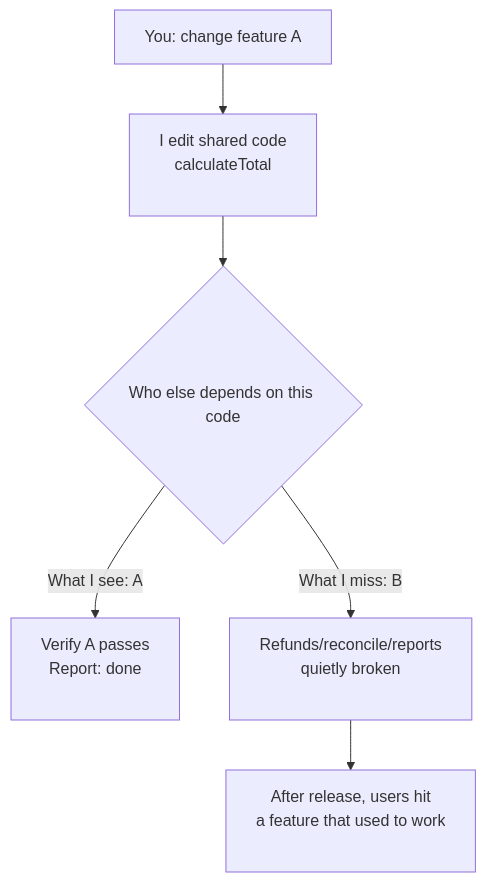
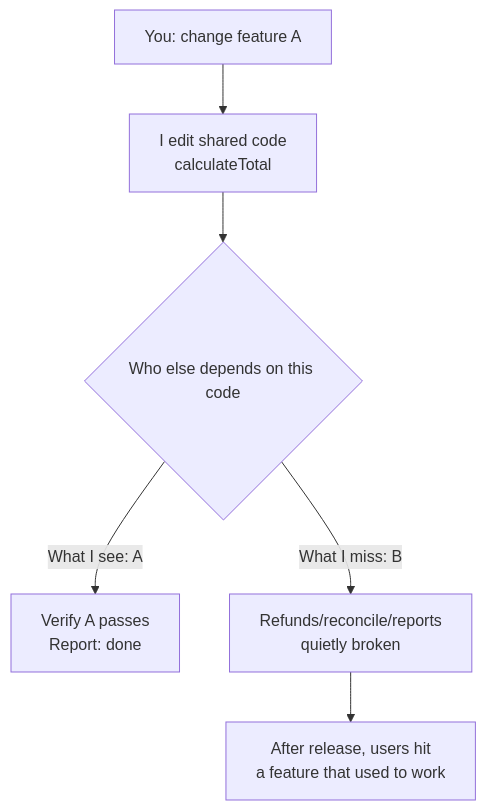
One commit to XuebinMa/AIWiki changed the diagram in i18n/en/docusaurus-plugin-content-docs/current/07-acceptance-release/missing-regression.mdx. Above: the diagram before and after it, drawn with Mermaid. The commit also changed 99 other files, not shown here.

First line of the commit message:
fix(mermaid): 全局根治节点文字裁切（htmlLabels:false + 清理 br/nbsp 占位）(#26)

````diff
--- a/i18n/en/docusaurus-plugin-content-docs/current/07-acceptance-release/missing-regression.mdx
+++ b/i18n/en/docusaurus-plugin-content-docs/current/07-acceptance-release/missing-regression.mdx
@@ -41,8 +41,8 @@
 ```mermaid
 flowchart TD
-    A[You: change feature A] --> B[I edit shared code<br/>calculateTotal<br/>&nbsp;]
+    A[You: change feature A] --> B[I edit shared code<br/>calculateTotal]
     B --> C{Who else depends on this code}
-    C -->|What I see: A| D[Verify A passes<br/>Report: done<br/>&nbsp;]
-    C -->|What I miss: B| E[Refunds/reconcile/reports<br/>quietly broken<br/>&nbsp;]
-    E --> F[After release, users hit<br/>a feature that used to work<br/>&nbsp;]
+    C -->|What I see: A| D[Verify A passes<br/>Report: done]
+    C -->|What I miss: B| E[Refunds/reconcile/reports<br/>quietly broken]
+    E --> F[After release, users hit<br/>a feature that used to work]
 ```
````
